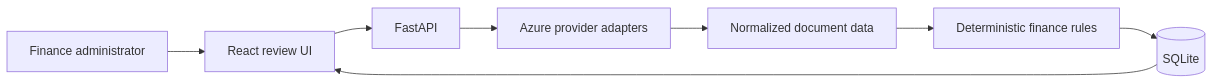
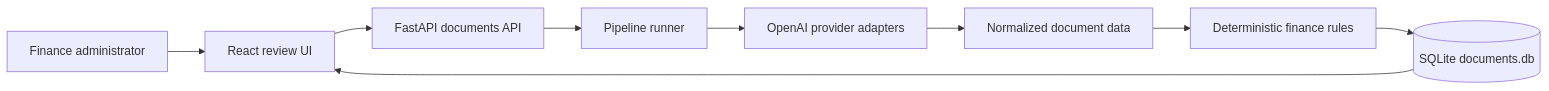
One commit to mukeshmanoharan19-hub/smart-invoice-reviewer changed the diagram in docs/architecture.md. Above: the diagram before and after it, drawn with Mermaid. The commit also changed other lines of this file and 92 other files, not shown here.

Commit message:
feat: frontend update and backend architecture rewrite

````diff
--- a/docs/architecture.md
+++ b/docs/architecture.md
@@ -15,10 +15,11 @@
 ```mermaid
 flowchart LR
     user[Finance administrator] --> ui[React review UI]
-    ui --> api[FastAPI]
-    api --> providers[Azure provider adapters]
+    ui --> api[FastAPI documents API]
+    api --> pipeline[Pipeline runner]
+    pipeline --> providers[OpenAI provider adapters]
     providers --> normalized[Normalized document data]
     normalized --> rules[Deterministic finance rules]
-    rules --> db[(SQLite)]
+    rules --> db[(SQLite documents.db)]
     db --> ui
 ```
````
